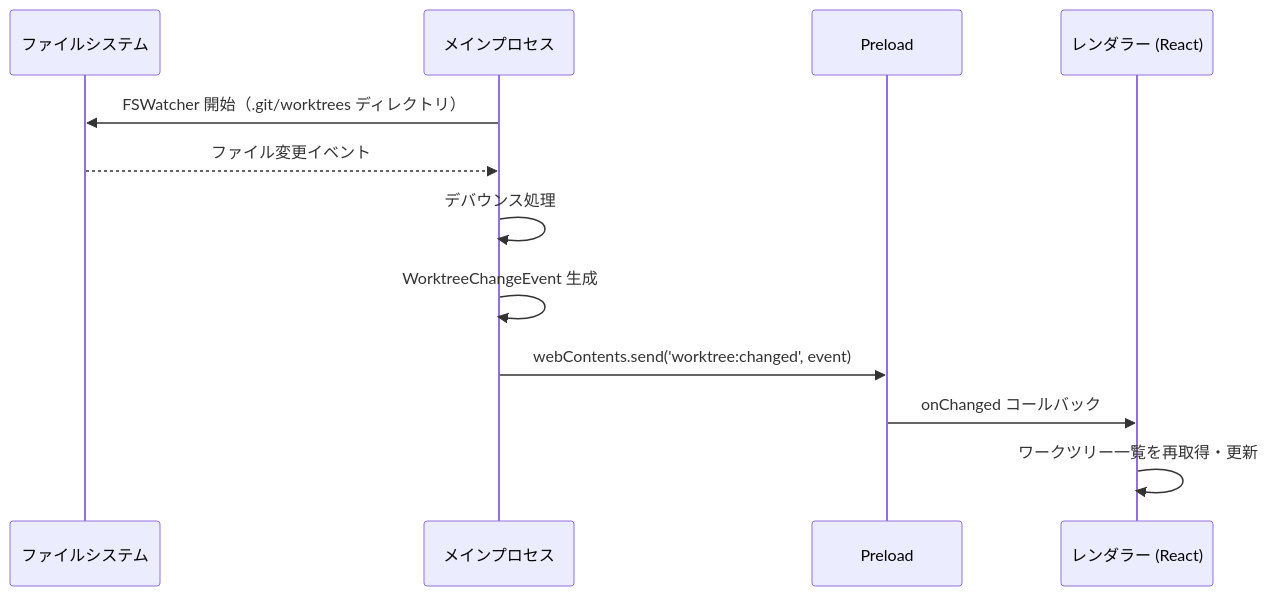
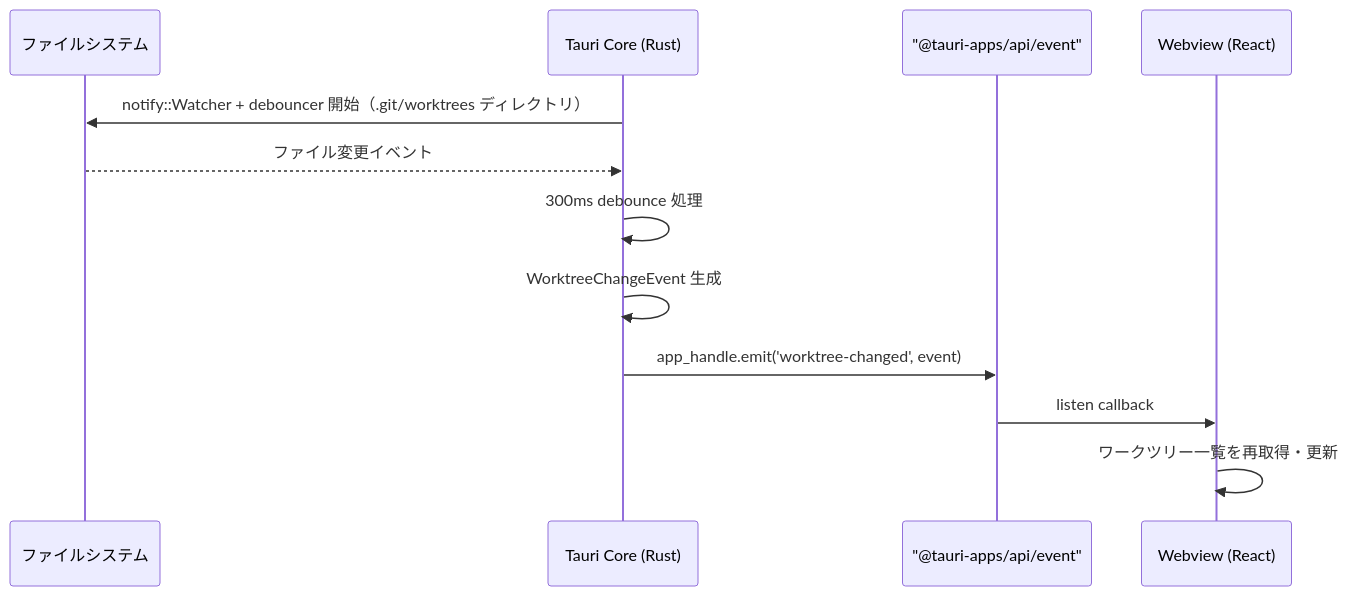
The fourth of 4 diagrams in .sdd/specification/worktree-management_spec.md (ToshikiImagawa/Buruma), drawn with Mermaid before and after one commit. The commit also changed other lines of this file and 7 other files, not shown here.

````diff
--- a/.sdd/specification/worktree-management_spec.md
+++ b/.sdd/specification/worktree-management_spec.md
@@ -334,16 +341,16 @@
 ```mermaid
 sequenceDiagram
     participant FS as ファイルシステム
-    participant Main as メインプロセス
-    participant Preload as Preload
-    participant Renderer as レンダラー (React)
+    participant Core as Tauri Core (Rust)
+    participant Listen as "@tauri-apps/api/event"
+    participant Webview as Webview (React)
 
-    Main ->> FS: FSWatcher 開始（.git/worktrees ディレクトリ）
-    FS -->> Main: ファイル変更イベント
+    Core ->> FS: notify::Watcher + debouncer 開始（.git/worktrees ディレクトリ）
+    FS -->> Core: ファイル変更イベント
 
-    Main ->> Main: デバウンス処理
-    Main ->> Main: WorktreeChangeEvent 生成
-    Main ->> Preload: webContents.send('worktree:changed', event)
-    Preload ->> Renderer: onChanged コールバック
-    Renderer ->> Renderer: ワークツリー一覧を再取得・更新
+    Core ->> Core: 300ms debounce 処理
+    Core ->> Core: WorktreeChangeEvent 生成
+    Core ->> Listen: app_handle.emit('worktree-changed', event)
+    Listen ->> Webview: listen callback
+    Webview ->> Webview: ワークツリー一覧を再取得・更新
 ```
````
